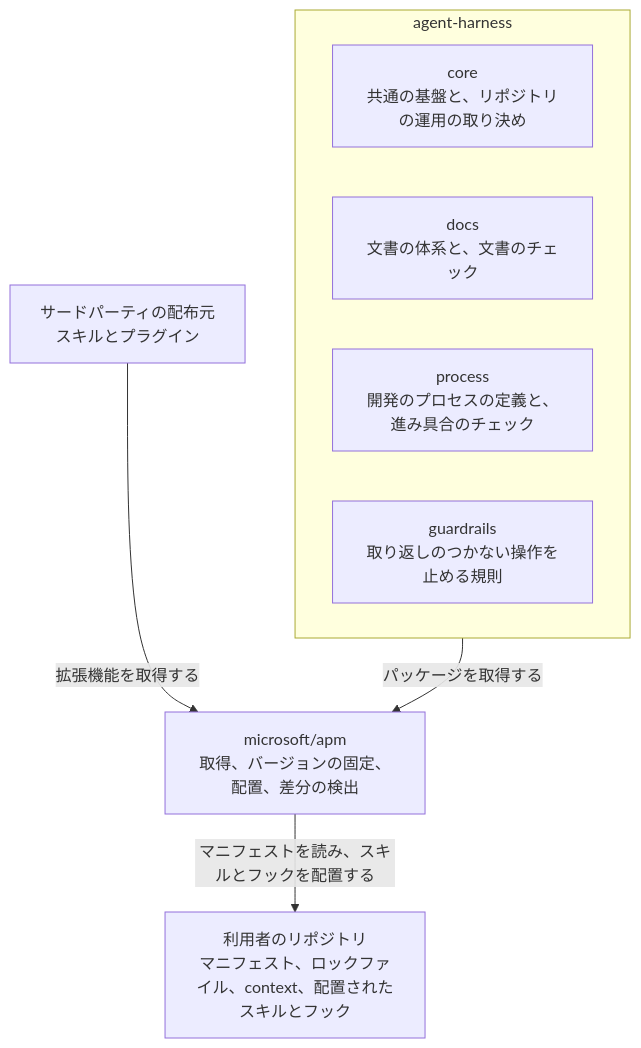
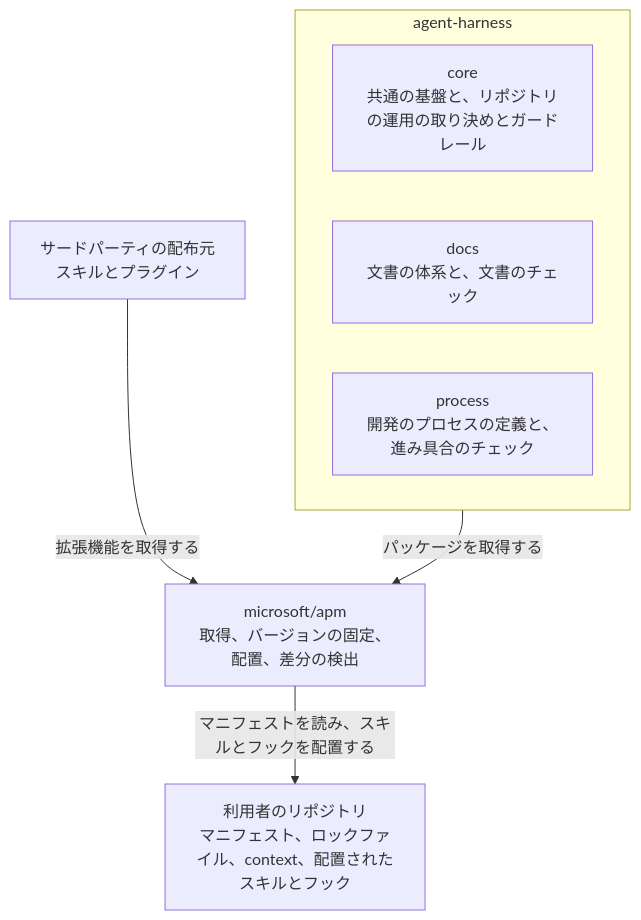
The diagram in design/DesignDoc.md (Fukuemon/agent-harness), drawn with Mermaid before and after one commit. The commit also changed other lines of this file and 3 other files, not shown here.

First line of the commit message:
docs: パッケージ guardrails をやめ、ガードレールを core の機能にする #59

````diff
--- a/design/DesignDoc.md
+++ b/design/DesignDoc.md
@@ -61,17 +61,16 @@
 ```mermaid
 flowchart TB
     subgraph AH["agent-harness"]
         direction LR
-        core["core<br/>共通の基盤と、リポジトリの運用の取り決め"]
+        core["core<br/>共通の基盤と、リポジトリの運用の取り決めとガードレール"]
         docs["docs<br/>文書の体系と、文書のチェック"]
         process["process<br/>開発のプロセスの定義と、進み具合のチェック"]
-        guardrails["guardrails<br/>取り返しのつかない操作を止める規則"]
     end
     third["サードパーティの配布元<br/>スキルとプラグイン"]
     apm["microsoft/apm<br/>取得、バージョンの固定、配置、差分の検出"]
     repo["利用者のリポジトリ<br/>マニフェスト、ロックファイル、context、配置されたスキルとフック"]
 
     AH -- "パッケージを取得する" --> apm
     third -- "拡張機能を取得する" --> apm
     apm -- "マニフェストを読み、スキルとフックを配置する" --> repo
 ```
````
